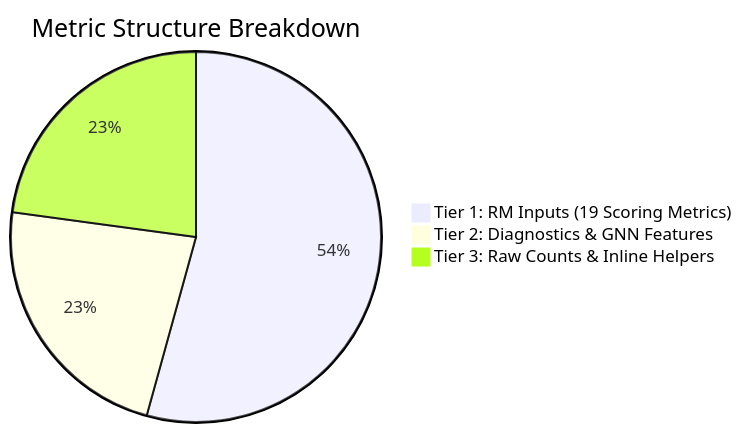
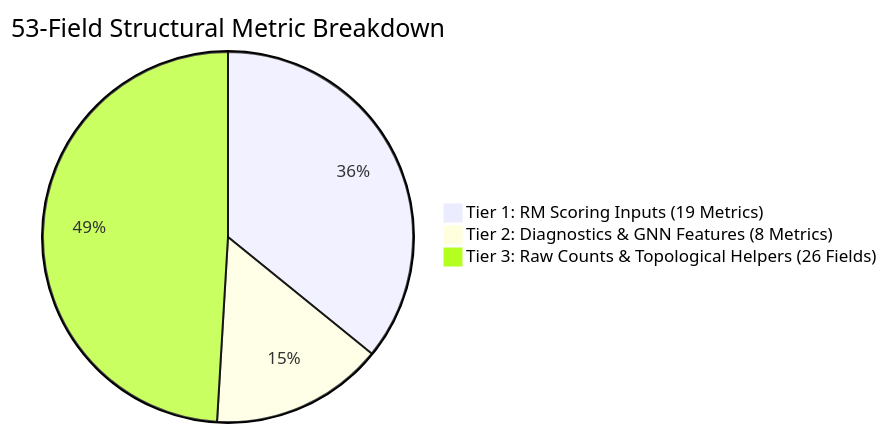
Before and after one commit to onuralpyigit/software-as-a-graph: the sixth of 7 diagrams in docs/structural-analysis.md, drawn with Mermaid. The commit also changed other lines of this file and 16 other files, not shown here.

````diff
--- a/docs/structural-analysis.md
+++ b/docs/structural-analysis.md
@@ -182,6 +366,6 @@
 ```mermaid
-pie title Metric Structure Breakdown
-    "Tier 1: RM Inputs (19 Scoring Metrics)" : 19
-    "Tier 2: Diagnostics & GNN Features" : 8
-    "Tier 3: Raw Counts & Inline Helpers" : 8
+pie title 53-Field Structural Metric Breakdown
+    "Tier 1: RM Scoring Inputs (19 Metrics)" : 19
+    "Tier 2: Diagnostics & GNN Features (8 Metrics)" : 8
+    "Tier 3: Raw Counts & Topological Helpers (26 Fields)" : 26
 ```
````
